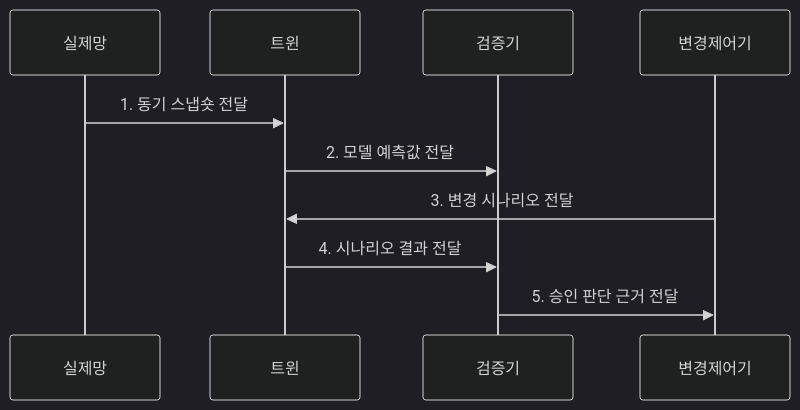
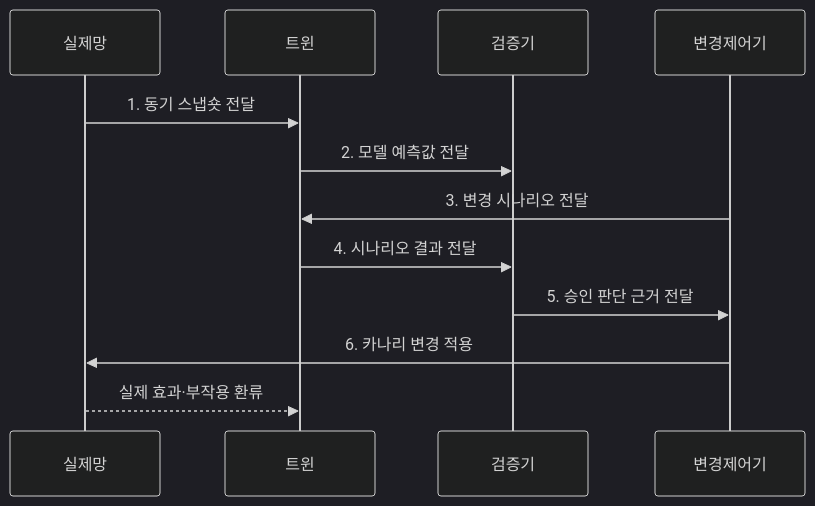
Before and after one commit to agnusdei1207/knowledge-base: the second of 2 diagrams in src/content/docs/notes/04-network/099_network_digital_twin.md, drawn with Mermaid (dark theme). The commit also changed other lines of this file and 9 other files, not shown here.

````diff
--- a/src/content/docs/notes/04-network/099_network_digital_twin.md
+++ b/src/content/docs/notes/04-network/099_network_digital_twin.md
@@ -101,12 +99,14 @@
 ```mermaid
 sequenceDiagram
     participant 실제망
     participant 트윈
     participant 검증기
     participant 변경제어기
     실제망->>트윈: 1. 동기 스냅숏 전달
     트윈->>검증기: 2. 모델 예측값 전달
     변경제어기->>트윈: 3. 변경 시나리오 전달
     트윈->>검증기: 4. 시나리오 결과 전달
     검증기->>변경제어기: 5. 승인 판단 근거 전달
+    변경제어기->>실제망: 6. 카나리 변경 적용
+    실제망-->>트윈: 실제 효과·부작용 환류
 ```
````
